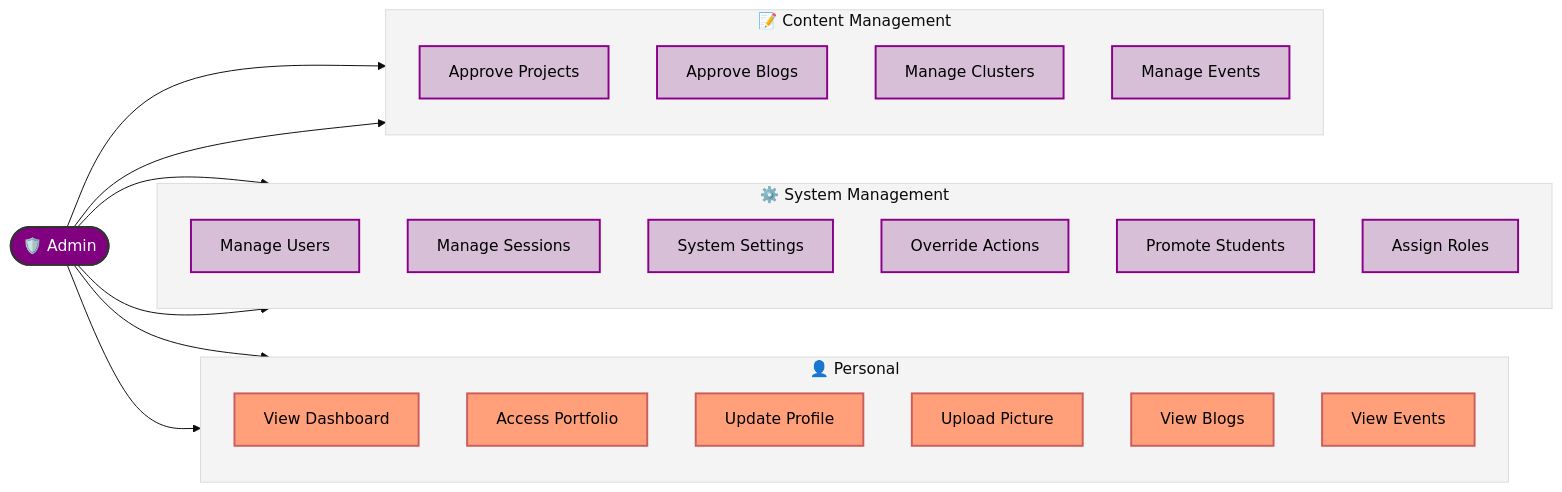
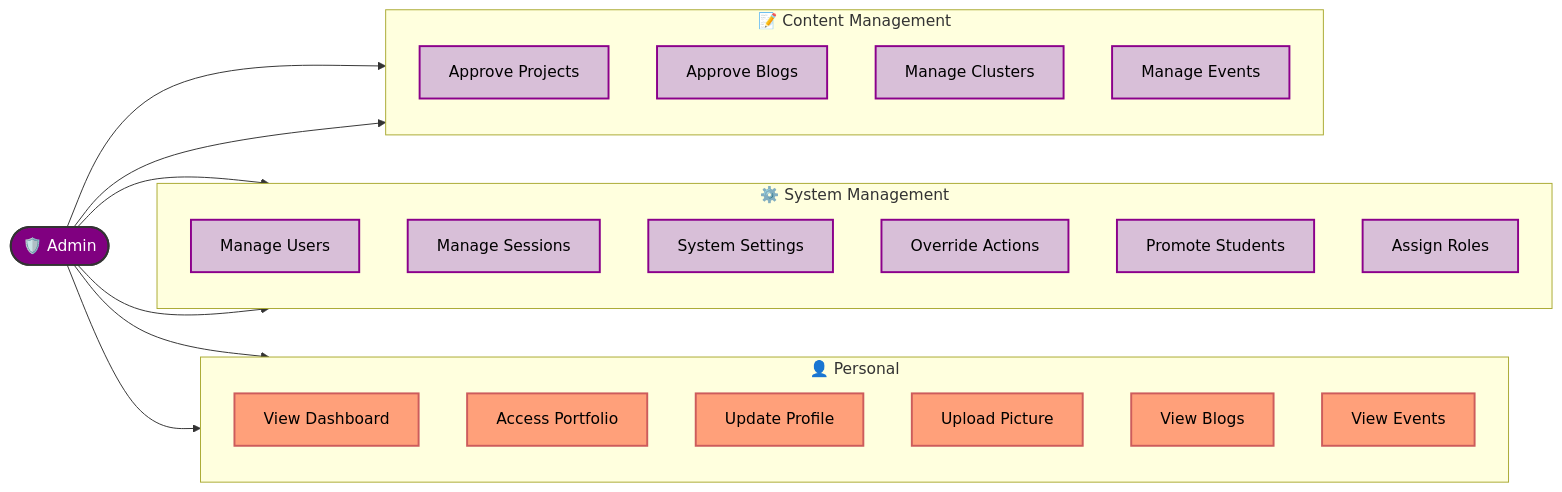
One commit to Abdulhalim7177/fyb.swebuk changed the diagram in app/dashboard/admin/README.md. Above: the diagram before and after it, drawn with Mermaid. The commit also changed 4 other files, not shown here.

````diff
--- a/app/dashboard/admin/README.md
+++ b/app/dashboard/admin/README.md
@@ -8,50 +8,50 @@
 ```mermaid
-%%{init: {'theme': 'base', 'themeVariables': { 'primaryColor': '#FF6347', 'edgeLabelBackground':'#ffffff', 'tertiaryColor': '#f4f4f4'}}}%%
+%%{init: {'theme': 'default', 'themeVariables': { 'mainBkg': '#ffffff', 'primaryColor': '#ffffff', 'edgeLabelBackground':'#ffffff', 'tertiaryColor': '#f4f4f4'}}}%%
 graph LR
     %% Styles
     classDef actor fill:#800080,stroke:#333,stroke-width:2px,color:white,font-size:16px;
     classDef usecase fill:#FFA07A,stroke:#CD5C5C,stroke-width:2px,color:black,shape:rect;
     classDef sys fill:#D8BFD8,stroke:#8B008B,stroke-width:2px,color:black,shape:rect;
 
     %% Actor
     Administrator([🛡️ Admin]):::actor
 
     %% Use Cases
     subgraph Personal ["👤 Personal"]
         direction TB
         UC3[View Dashboard]:::usecase
         UC13[Access Portfolio]:::usecase
         UC14[Update Profile]:::usecase
         UC15[Upload Picture]:::usecase
         UC10[View Blogs]:::usecase
         UC11[View Events]:::usecase
     end
 
     subgraph SystemMgmt ["⚙️ System Management"]
         direction TB
         UC23[Manage Users]:::sys
         UC24[Manage Sessions]:::sys
         UC25[System Settings]:::sys
         UC26[Override Actions]:::sys
         UC27[Promote Students]:::sys
         UC28[Assign Roles]:::sys
     end
 
     subgraph ContentMgmt ["📝 Content Management"]
         direction TB
         UC18[Approve Projects]:::sys
         UC19[Approve Blogs]:::sys
         UC20[Manage Clusters]:::sys
         UC21[Manage Events]:::sys
     end
 
     %% Connections
     Administrator --> Personal
     Administrator --> SystemMgmt
     Administrator --> ContentMgmt
 
     %% Direct links
     Administrator --> UC3
     Administrator --> UC23
     Administrator --> UC18
 ```
````
